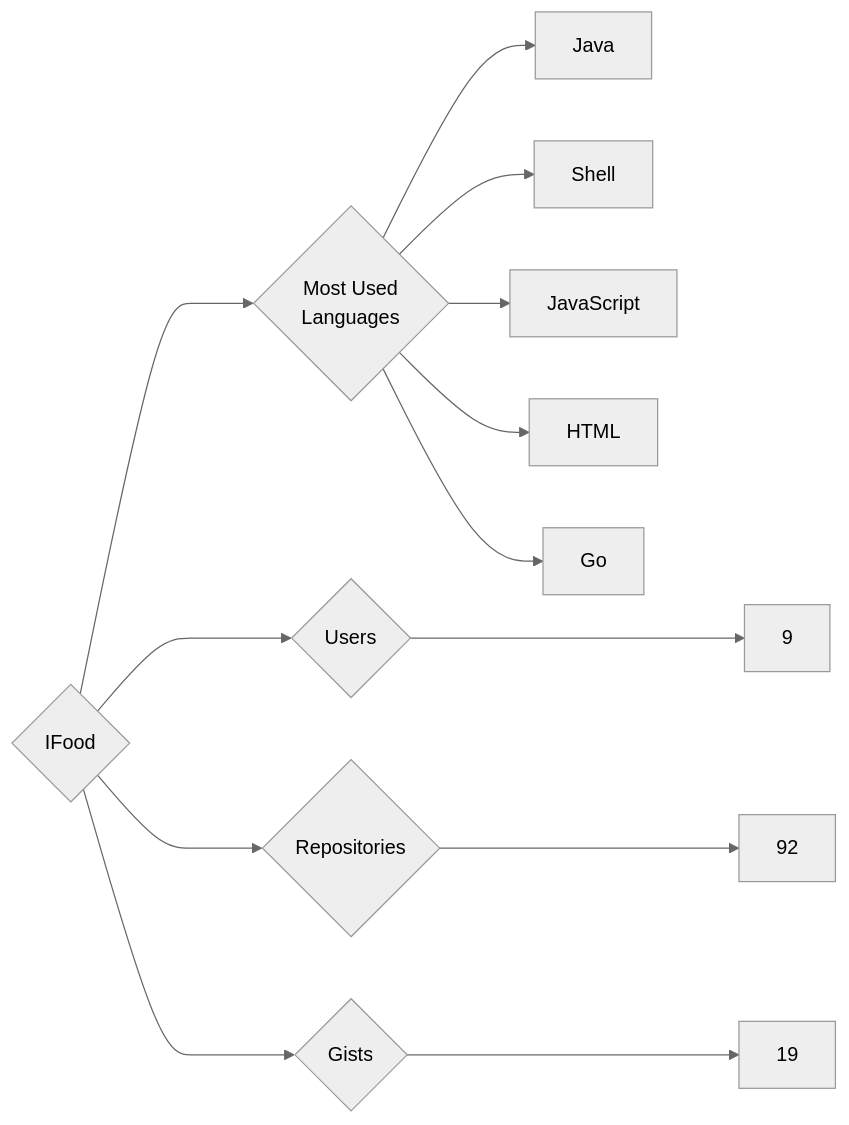
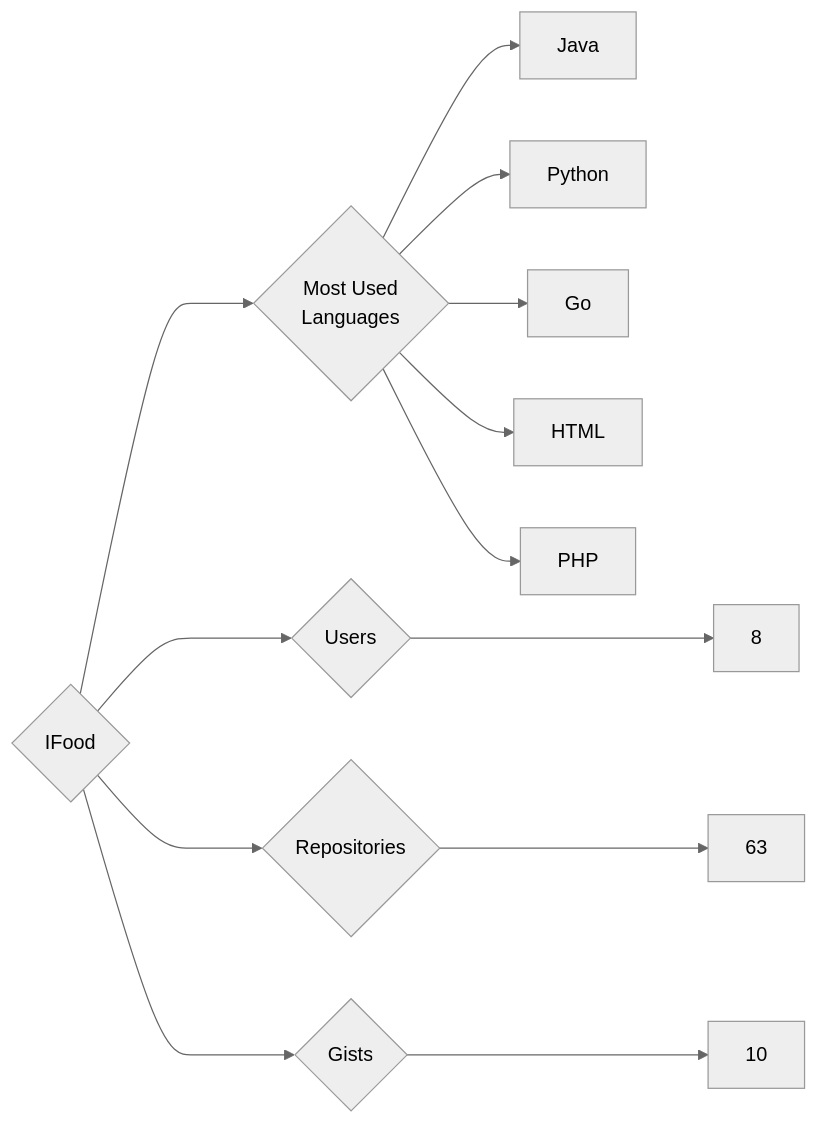
The diagram in targets/IFood/README.md (trickest/insiders), drawn with Mermaid (neutral theme) before and after one commit. The commit also changed 1170 other files, not shown here.

````diff
--- a/targets/IFood/README.md
+++ b/targets/IFood/README.md
@@ -3,13 +3,13 @@
 ```mermaid
 graph LR
 COMPANY_NAME{IFood}
-COMPANY_NAME ---> U{Users} ---> UN[9]
-COMPANY_NAME ---> R{Repositories} ---> RN[92]
-COMPANY_NAME ---> G{Gists} ---> GN[19]
+COMPANY_NAME ---> U{Users} ---> UN[8]
+COMPANY_NAME ---> R{Repositories} ---> RN[63]
+COMPANY_NAME ---> G{Gists} ---> GN[10]
 COMPANY_NAME ---> ML{Most Used<br>Languages}
 ML --> Java[Java]
-ML --> Shell[Shell]
-ML --> JavaScript[JavaScript]
+ML --> Python[Python]
+ML --> Go[Go]
 ML --> HTML[HTML]
-ML --> Go[Go]
+ML --> PHP[PHP]
 ```
````
